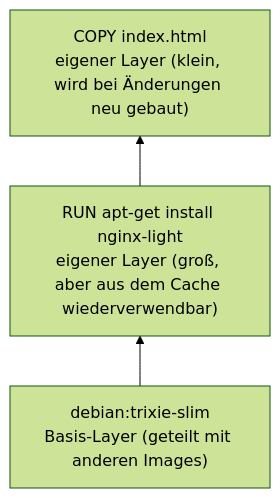
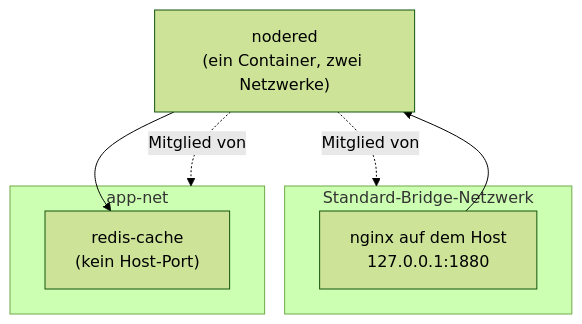
The second of 3 diagrams in Lab_07.md (Lotter69/2026_02_linux), drawn with Mermaid (forest theme) before and after one commit. The commit also changed other lines of this file and 6 other files, not shown here.

````diff
--- a/Lab_07.md
+++ b/Lab_07.md
@@ -258,8 +176,17 @@
 ```mermaid
-flowchart BT
-    Base["debian:trixie-slim<br/>Basis-Layer (geteilt mit anderen Images)"]
-    Run["RUN apt-get install nginx-light<br/>eigener Layer (groß, aber aus dem Cache wiederverwendbar)"]
-    Copy["COPY index.html<br/>eigener Layer (klein, wird bei Änderungen neu gebaut)"]
+flowchart TD
+    nodered["nodered<br/>(ein Container, zwei Netzwerke)"]
 
-    Base --> Run --> Copy
+    subgraph Default["Standard-Bridge-Netzwerk"]
+        HostPort["nginx auf dem Host<br/>127.0.0.1:1880"]
+    end
+
+    subgraph AppNet["app-net"]
+        redis["redis-cache<br/>(kein Host-Port)"]
+    end
+
+    HostPort --> nodered
+    nodered --> redis
+    nodered -. Mitglied von .-> Default
+    nodered -. Mitglied von .-> AppNet
 ```
````
